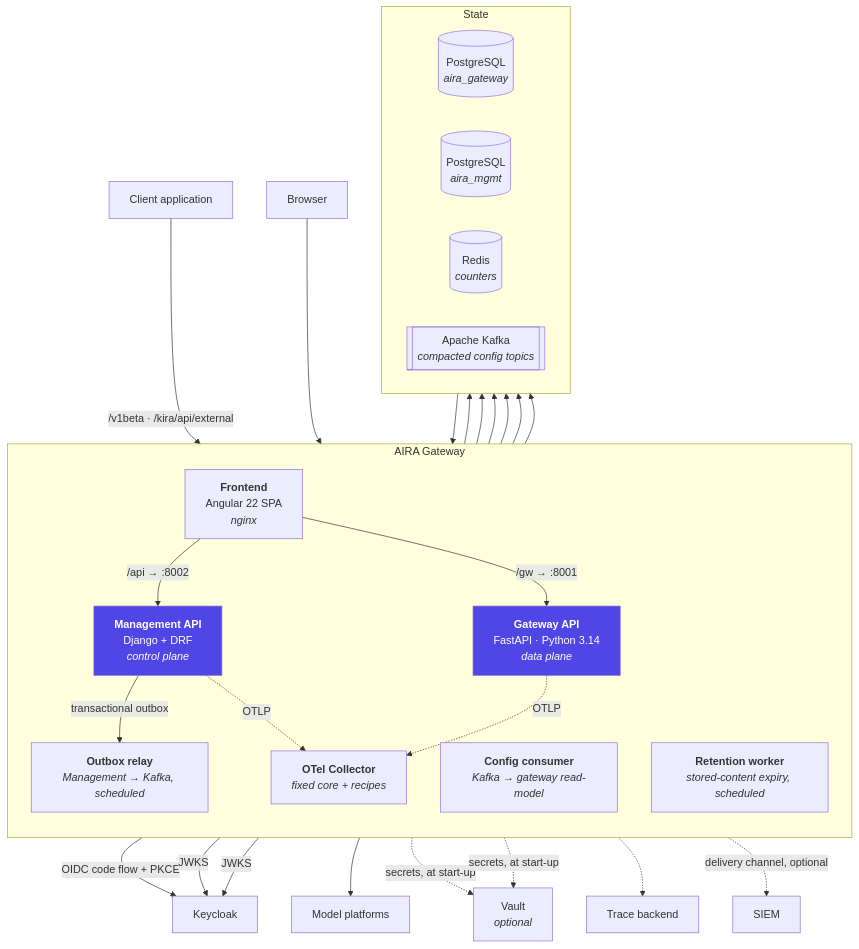
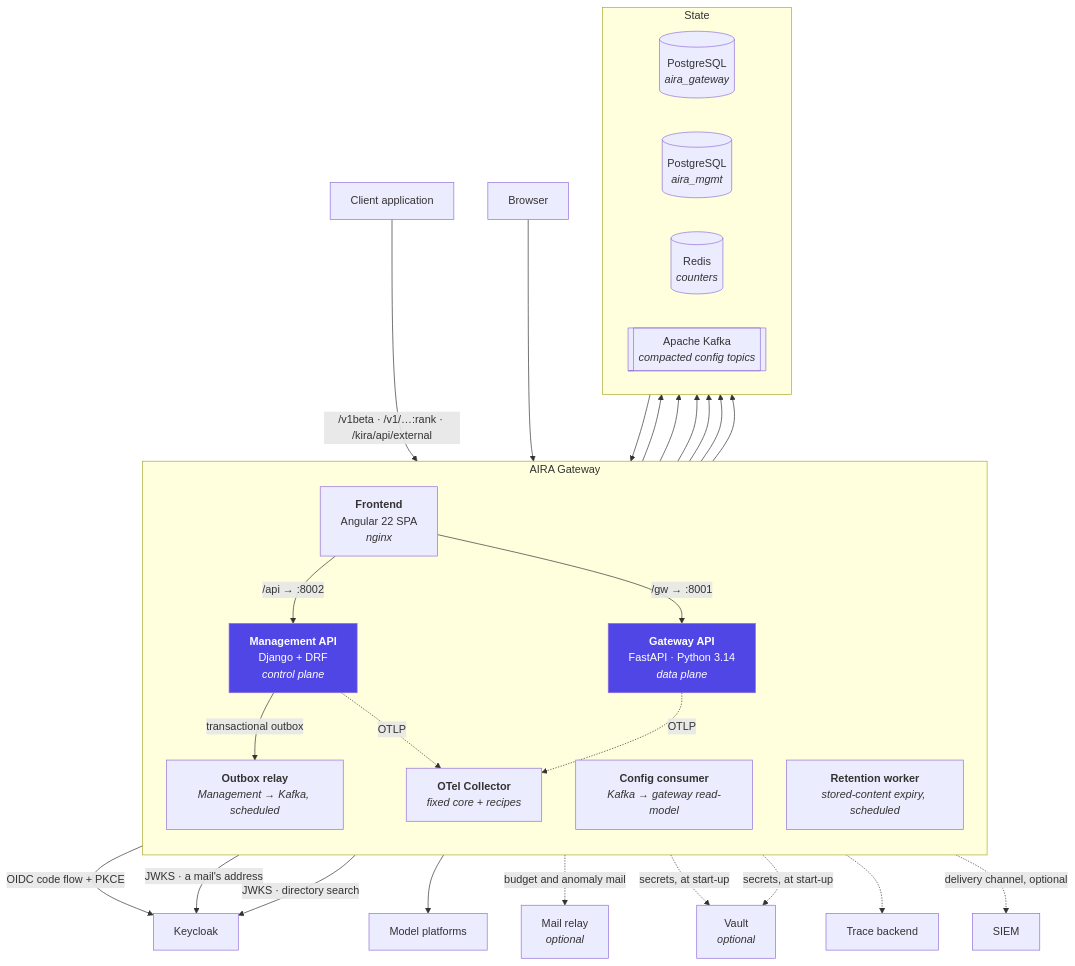
The fifth of 13 diagrams in docs/ARCHITECTURE.md (InigoImago/AIRA-Gateway), drawn with Mermaid before and after one commit. The commit also changed other lines of this file and 44 other files, not shown here.

````diff
--- a/docs/ARCHITECTURE.md
+++ b/docs/ARCHITECTURE.md
@@ -451,59 +487,61 @@
 ```mermaid
 graph TB
     client["Client application"]
     browser["Browser"]
 
     subgraph aira["AIRA Gateway"]
         direction TB
         spa["<b>Frontend</b><br/>Angular 22 SPA<br/><i>nginx</i>"]
         gw["<b>Gateway API</b><br/>FastAPI · Python 3.14<br/><i>data plane</i>"]
         mgmt["<b>Management API</b><br/>Django + DRF<br/><i>control plane</i>"]
         relay["<b>Outbox relay</b><br/><i>Management → Kafka, scheduled</i>"]
         consumer["<b>Config consumer</b><br/><i>Kafka → gateway read-model</i>"]
         retention["<b>Retention worker</b><br/><i>stored-content expiry, scheduled</i>"]
         collector["<b>OTel Collector</b><br/><i>fixed core + recipes</i>"]
     end
 
     subgraph stores["State"]
         direction LR
         pgw[("PostgreSQL<br/><i>aira_gateway</i>")]
         pgm[("PostgreSQL<br/><i>aira_mgmt</i>")]
         redis[("Redis<br/><i>counters</i>")]
         kafka[["Apache Kafka<br/><i>compacted config topics</i>"]]
     end
 
     idp["Keycloak"]
     vault["Vault<br/><i>optional</i>"]
     models["Model platforms"]
     traces["Trace backend"]
     siem["SIEM"]
+    smtp["Mail relay<br/><i>optional</i>"]
 
-    client -->|"/v1beta · /kira/api/external"| gw
+    client -->|"/v1beta · /v1/…:rank · /kira/api/external"| gw
     browser --> spa
     spa -->|"/api → :8002"| mgmt
     spa -->|"/gw → :8001"| gw
     spa -->|"OIDC code flow + PKCE"| idp
 
     gw --> pgw
     gw --> redis
     gw --> models
-    gw -->|"JWKS"| idp
+    gw -->|"JWKS · a mail's address"| idp
+    gw -.->|"budget and anomaly mail"| smtp
     mgmt --> pgm
-    mgmt -->|"JWKS"| idp
+    mgmt -->|"JWKS · directory search"| idp
     gw -.->|"secrets, at start-up"| vault
     mgmt -.->|"secrets, at start-up"| vault
 
     mgmt -->|"transactional outbox"| relay
     relay --> kafka
     kafka --> consumer
     consumer --> pgw
     retention --> pgw
 
     gw -.->|"OTLP"| collector
     mgmt -.->|"OTLP"| collector
     collector -.-> traces
     collector -.->|"delivery channel, optional"| siem
 
     style gw fill:#4f46e5,color:#fff
     style mgmt fill:#4f46e5,color:#fff
 ```
````
